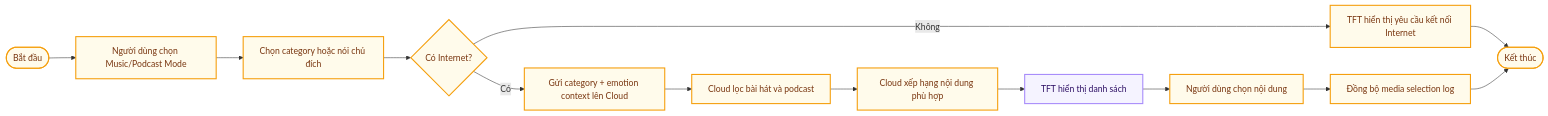
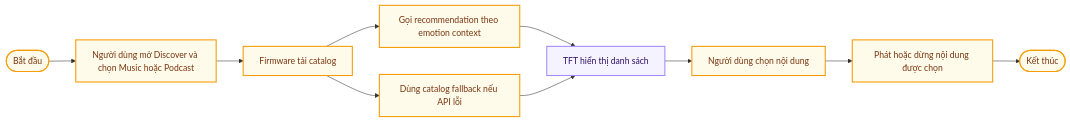
The fourth of 6 diagrams in docs/Spectification/EmotiCareAIoT/03_Objectives.md (Computer-Vision-HCMUS/AIoT-Server), drawn with Mermaid before and after one commit. The commit also changed other lines of this file and 14 other files, not shown here.

````diff
--- a/docs/Spectification/EmotiCareAIoT/03_Objectives.md
+++ b/docs/Spectification/EmotiCareAIoT/03_Objectives.md
@@ -298,28 +297,25 @@
 ```mermaid
 flowchart LR
     Start([Bắt đầu])
-    SelectMode["Người dùng chọn Music/Podcast Mode"]
-    ChooseCategory["Chọn category hoặc nói chủ đích"]
-    Online{"Có Internet?"}
-    NeedNet["TFT hiển thị yêu cầu kết nối Internet"]
-    Send["Gửi category + emotion context lên Cloud"]
-    Filter["Cloud lọc bài hát và podcast"]
-    Rank["Cloud xếp hạng nội dung phù hợp"]
+    SelectMode["Người dùng mở Discover và chọn Music hoặc Podcast"]
+    Load["Firmware tải catalog"]
+    Recommend["Gọi recommendation theo emotion context"]
+    Fallback["Dùng catalog fallback nếu API lỗi"]
     Display["TFT hiển thị danh sách"]
     SelectItem["Người dùng chọn nội dung"]
-    Save["Đồng bộ media selection log"]
+    Play["Phát hoặc dừng nội dung được chọn"]
     End([Kết thúc])
 
-    Start --> SelectMode --> ChooseCategory --> Online
-    Online -->|Không| NeedNet --> End
-    Online -->|Có| Send --> Filter --> Rank --> Display --> SelectItem --> Save --> End
+    Start --> SelectMode --> Load
+    Load --> Recommend --> Display --> SelectItem --> Play --> End
+    Load --> Fallback --> Display
 
     classDef userNode stroke:#818cf8,fill:#eef2ff,stroke-width:2px,color:#1e1b4b
     classDef edgeNode stroke:#a78bfa,fill:#f5f3ff,stroke-width:2px,color:#2e1065
     classDef cacheNode stroke:#2dd4bf,fill:#f0fdfa,stroke-width:2px,color:#0d5a57
     classDef cloudNode stroke:#38bdf8,fill:#f0f9ff,stroke-width:2px,color:#0c3d67
     classDef serviceNode stroke:#4ade80,fill:#f0fdf4,stroke-width:2px,color:#1a3a1a
     classDef actionNode stroke:#f59e0b,fill:#fffbeb,stroke-width:2px,color:#78350f
     class Display edgeNode
-    class Start,SelectMode,ChooseCategory,Online,NeedNet,Send,Filter,Rank,SelectItem,Save,End actionNode
+    class Start,SelectMode,Load,Recommend,Fallback,SelectItem,Play,End actionNode
 ```
````
